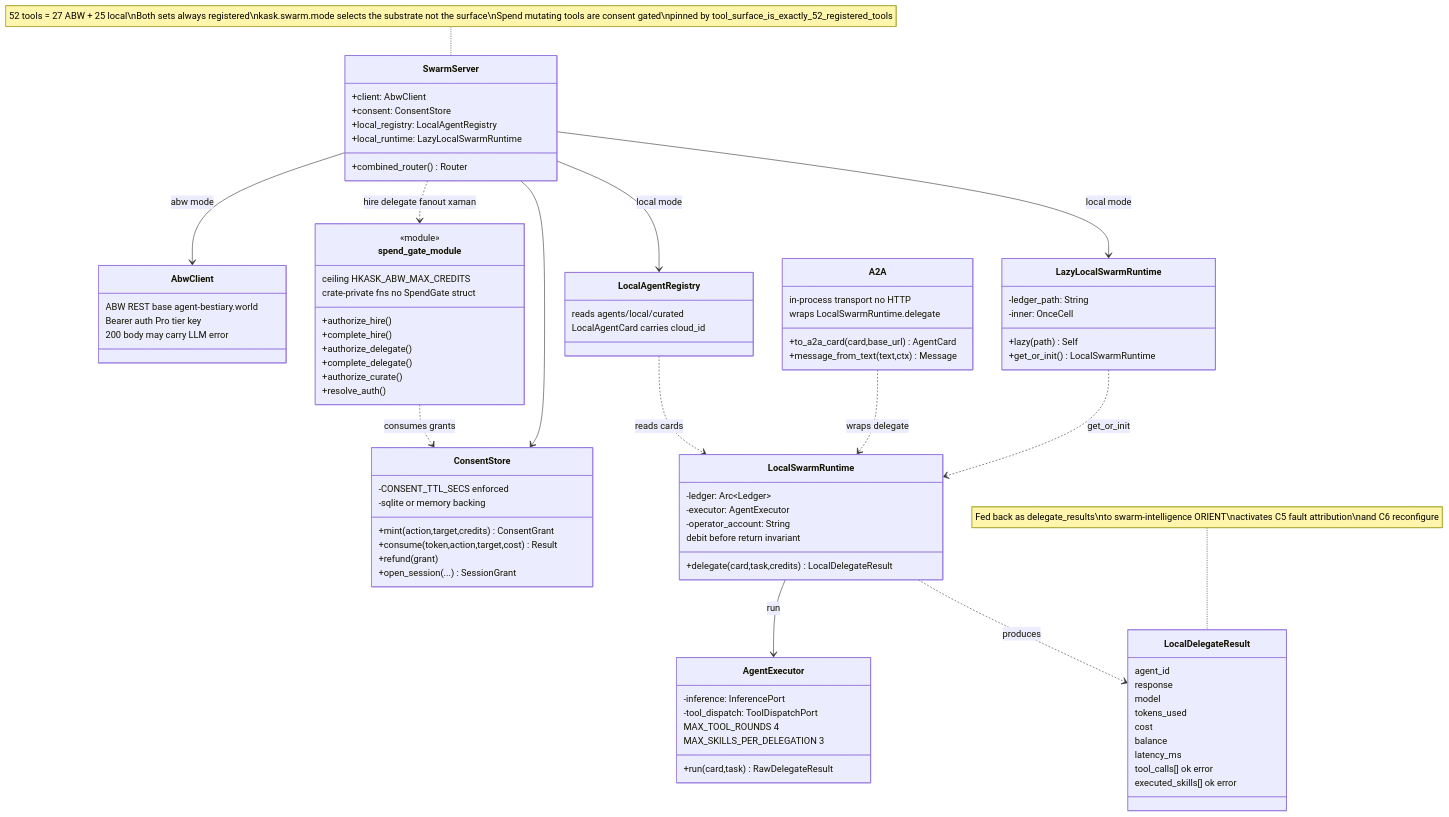
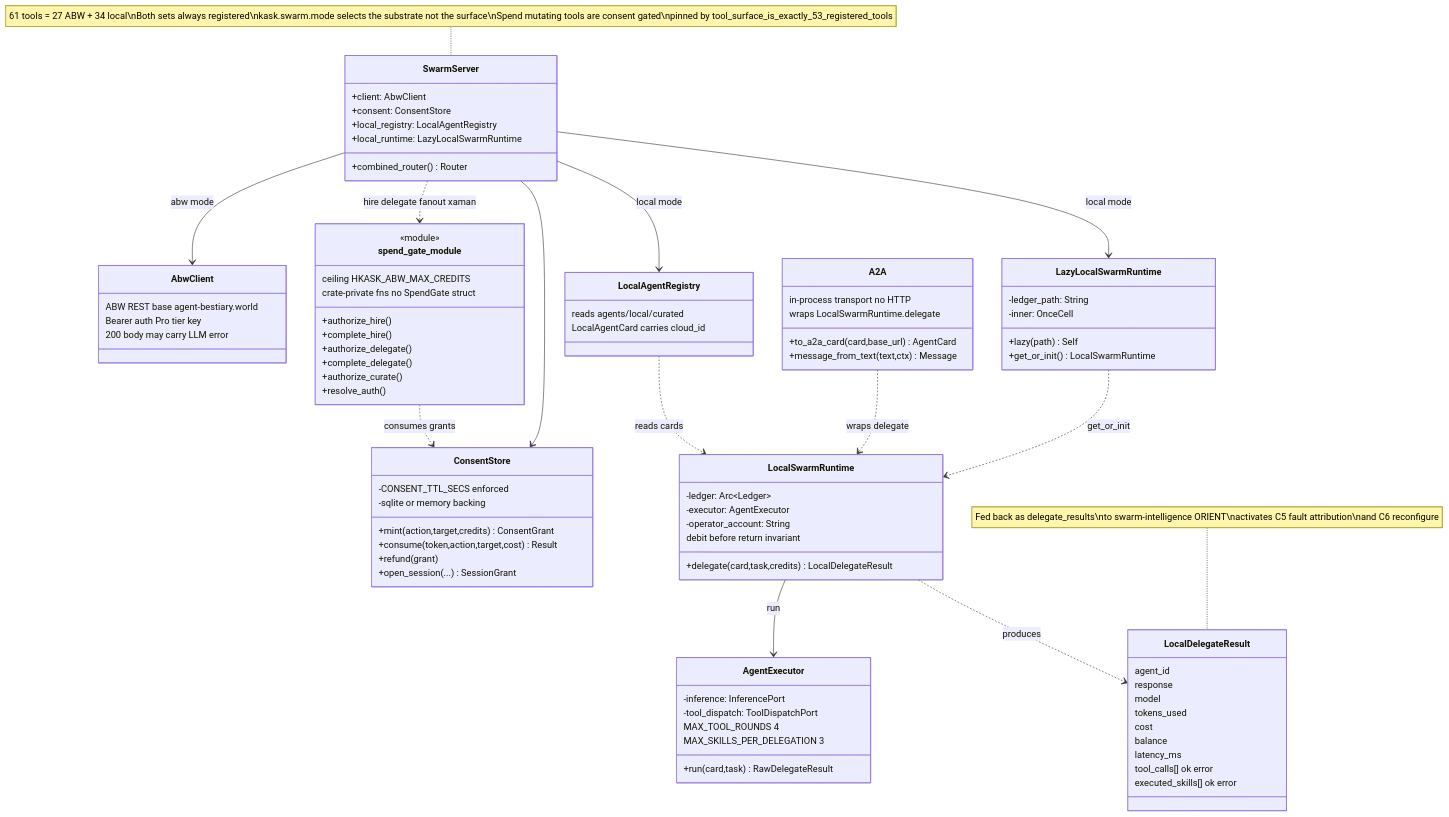
Before and after one commit to mdz-axo/zed-kask: the diagram in kask/docs/diagrams/class-swarm-server.md, drawn with Mermaid. The commit also changed other lines of this file and 25 other files, not shown here.

````diff
--- a/kask/docs/diagrams/class-swarm-server.md
+++ b/kask/docs/diagrams/class-swarm-server.md
@@ -112,6 +112,6 @@
     A2A ..> LocalSwarmRuntime : wraps delegate
     LocalAgentRegistry ..> LocalSwarmRuntime : reads cards
 
-    note for SwarmServer "52 tools = 27 ABW + 25 local\nBoth sets always registered\nkask.swarm.mode selects the substrate not the surface\nSpend mutating tools are consent gated\npinned by tool_surface_is_exactly_52_registered_tools"
+    note for SwarmServer "61 tools = 27 ABW + 34 local\nBoth sets always registered\nkask.swarm.mode selects the substrate not the surface\nSpend mutating tools are consent gated\npinned by tool_surface_is_exactly_53_registered_tools"
     note for LocalDelegateResult "Fed back as delegate_results\nto swarm-intelligence ORIENT\nactivates C5 fault attribution\nand C6 reconfigure"
 ```
````
